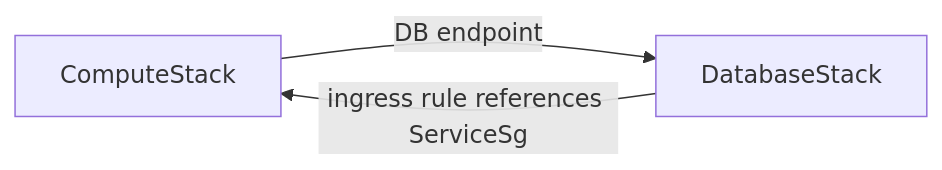
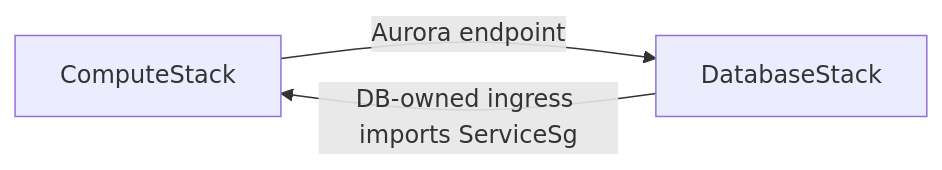
One commit to proton0210/aws-cdk-cyclic-dependency-patterns changed the second of 4 diagrams in lib/security-groups/README.md. Above: the diagram before and after it, drawn with Mermaid. The commit also changed other lines of this file and 15 other files, not shown here.

````diff
--- a/lib/security-groups/README.md
+++ b/lib/security-groups/README.md
@@ -9,5 +52,5 @@
 ```mermaid
 flowchart LR
-  Compute[ComputeStack] -->|DB endpoint| Database[DatabaseStack]
-  Database -->|ingress rule references ServiceSg| Compute
+  Compute[ComputeStack] -->|Aurora endpoint| Database[DatabaseStack]
+  Database -->|DB-owned ingress imports ServiceSg| Compute
 ```
````
